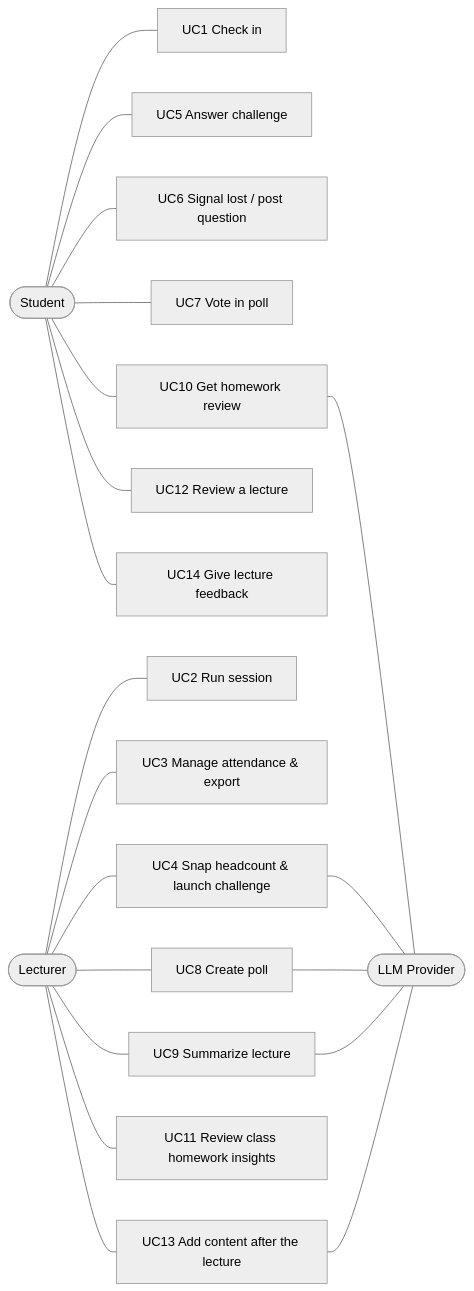
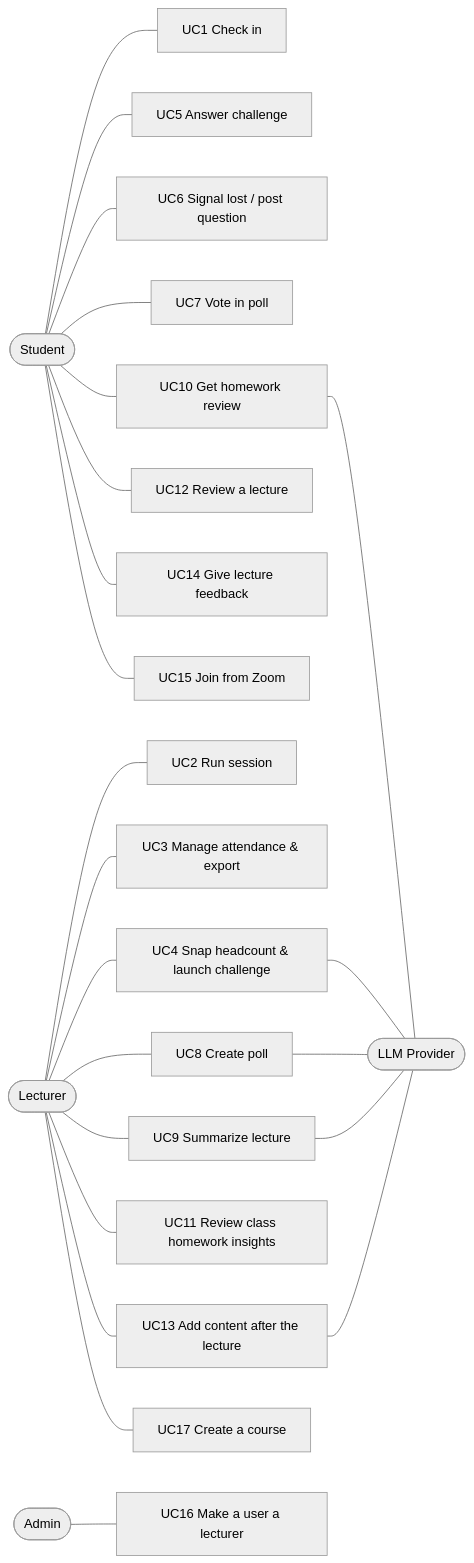
Before and after one commit to GiladApel/classpulse: the diagram in docs/04-use-cases.md, drawn with Mermaid (neutral theme). The commit also changed other lines of this file and 48 other files, not shown here.

First line of the commit message:
Admin page, lecturer-created courses, Zoom attendance

````diff
--- a/docs/04-use-cases.md
+++ b/docs/04-use-cases.md
@@ -5,22 +5,25 @@
 ```mermaid
 flowchart LR
   S([Student]) --- UC1[UC1 Check in]
   S --- UC5[UC5 Answer challenge]
   S --- UC6[UC6 Signal lost / post question]
   S --- UC7[UC7 Vote in poll]
   S --- UC10[UC10 Get homework review]
   S --- UC12[UC12 Review a lecture]
   S --- UC14[UC14 Give lecture feedback]
+  S --- UC15[UC15 Join from Zoom]
   L([Lecturer]) --- UC2[UC2 Run session]
   L --- UC3[UC3 Manage attendance & export]
   L --- UC4[UC4 Snap headcount & launch challenge]
   L --- UC8[UC8 Create poll]
   L --- UC9[UC9 Summarize lecture]
   L --- UC11[UC11 Review class homework insights]
   L --- UC13[UC13 Add content after the lecture]
+  L --- UC17[UC17 Create a course]
+  A([Admin]) --- UC16[UC16 Make a user a lecturer]
   UC13 --- AI
   UC4 --- AI([LLM Provider])
   UC8 --- AI
   UC9 --- AI
   UC10 --- AI
 ```
````
